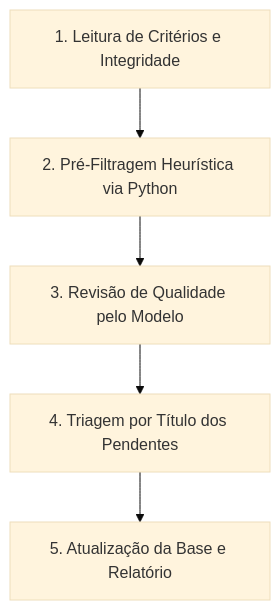
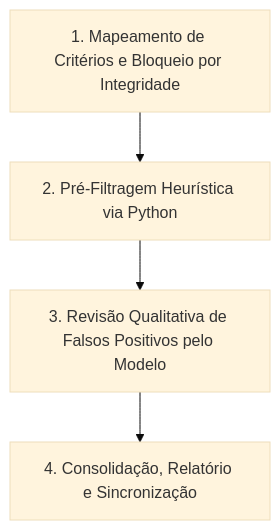
One commit to eduardomatheusfigueira/RSAC changed the diagram in .agents/skills/triagem-revisao-sistematica/SKILL.md. Above: the diagram before and after it, drawn with Mermaid (base theme). The commit also changed other lines of this file, not shown here.

Commit message:
Aplica regra estrita de integridade: 38 pendentes mantidos sem triagem por falta de resumo

````diff
--- a/.agents/skills/triagem-revisao-sistematica/SKILL.md
+++ b/.agents/skills/triagem-revisao-sistematica/SKILL.md
@@ -21,7 +25,6 @@
 ```mermaid
 graph TD
-    A[1. Leitura de Critérios e Integridade] --> B[2. Pré-Filtragem Heurística via Python]
-    B --> C[3. Revisão de Qualidade pelo Modelo]
-    C --> D[4. Triagem por Título dos Pendentes]
-    D --> E[5. Atualização da Base e Relatório]
+    A[1. Mapeamento de Critérios e Bloqueio por Integridade] --> B[2. Pré-Filtragem Heurística via Python]
+    B --> C[3. Revisão Qualitativa de Falsos Positivos pelo Modelo]
+    C --> D[4. Consolidação, Relatório e Sincronização]
 ```
````
